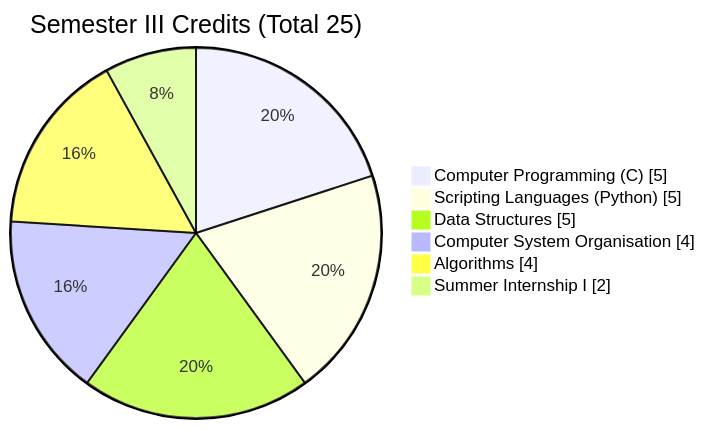
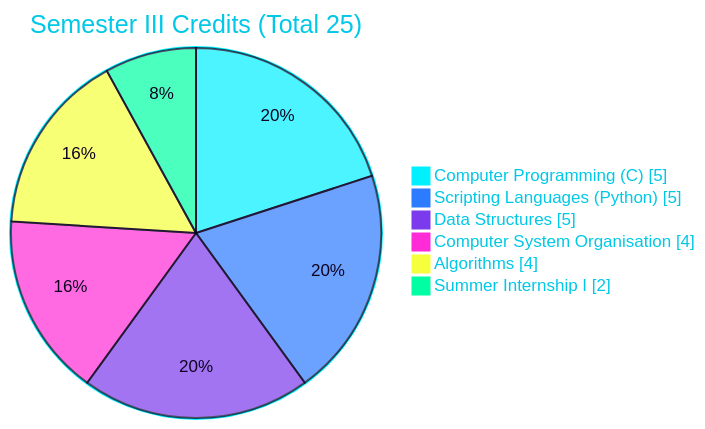
The first of 2 diagrams in README.md (PiyushNagendra-IN/PiyushNagendra-IN), drawn with Mermaid before and after one commit. The commit also changed other lines of this file, not shown here.

````diff
--- a/README.md
+++ b/README.md
@@ -68,9 +68,10 @@
 ```mermaid
+%%{init: {'theme':'base','themeVariables':{'fontFamily':'monospace','pie1':'#00f0ff','pie2':'#2d7bff','pie3':'#7c3aed','pie4':'#ff2bd6','pie5':'#f5ff3b','pie6':'#00ffa3','pieStrokeColor':'#0d0221','pieOuterStrokeColor':'#00f0ff','pieSectionTextColor':'#0d0221','pieTitleTextColor':'#00c8e6','pieLegendTextColor':'#00c8e6'}}}%%
 pie showData title Semester III Credits (Total 25)
     "Computer Programming (C)" : 5
     "Scripting Languages (Python)" : 5
     "Data Structures" : 5
     "Computer System Organisation" : 4
     "Algorithms" : 4
     "Summer Internship I" : 2
 ```
````
